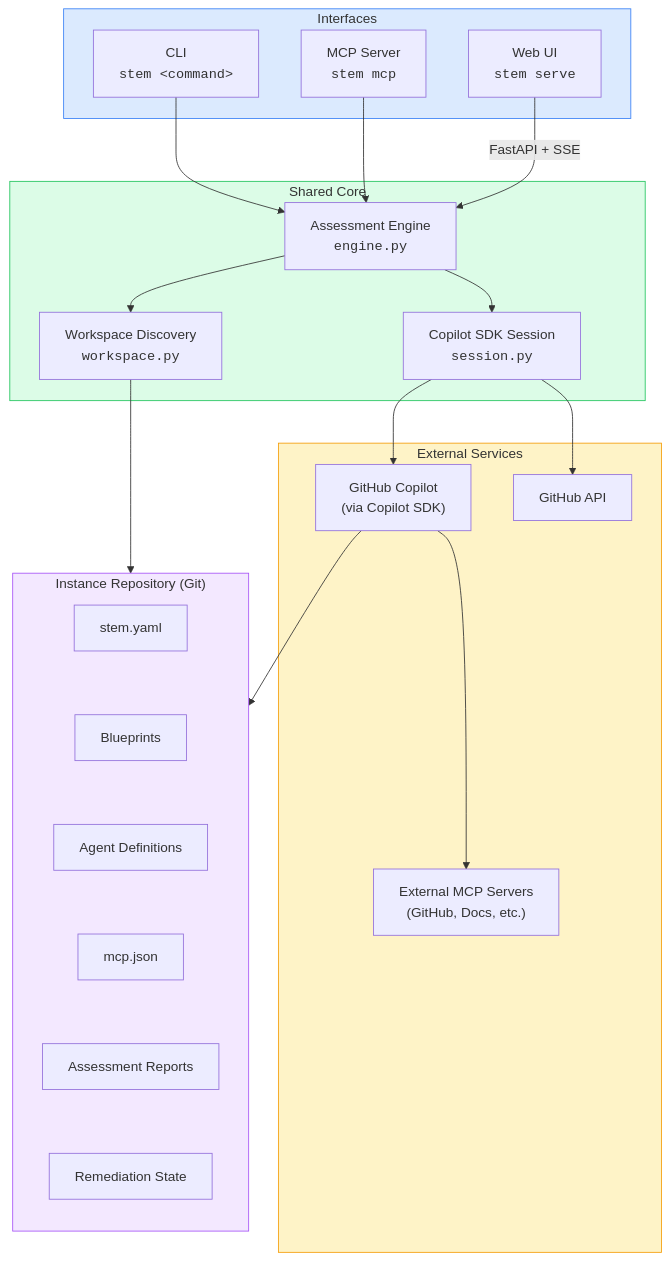
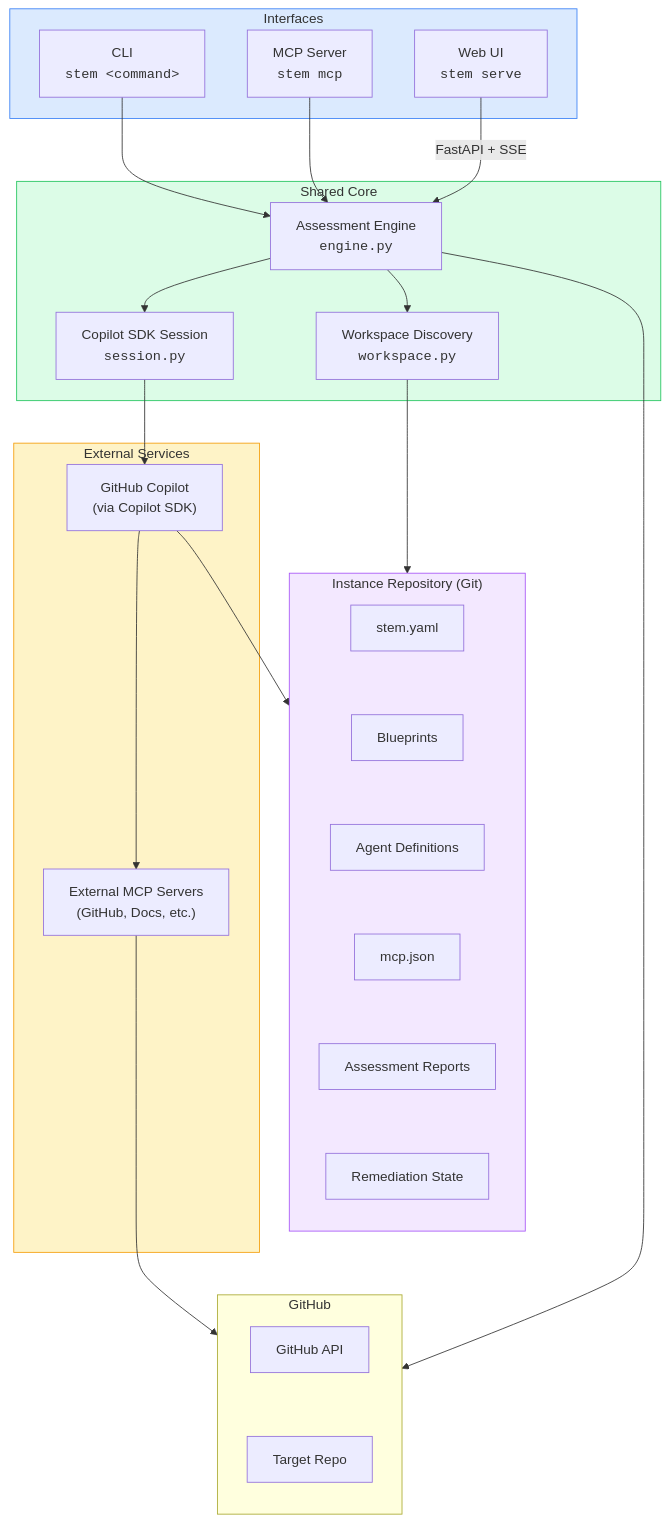
The second of 10 diagrams in ARCHITECTURE.md (dbroeglin/hve-stem), drawn with Mermaid before and after one commit.

Commit message:
#3 Adding better representation of GitHub in the component diagram

````diff
--- a/ARCHITECTURE.md
+++ b/ARCHITECTURE.md
@@ -53,51 +53,60 @@
 ```mermaid
 graph TB
     subgraph Interfaces
         CLI["CLI<br/><code>stem &lt;command&gt;</code>"]
         MCP["MCP Server<br/><code>stem mcp</code>"]
         WEB["Web UI<br/><code>stem serve</code>"]
     end
 
     subgraph Core["Shared Core"]
         ENGINE["Assessment Engine<br/><code>engine.py</code>"]
         SESSION["Copilot SDK Session<br/><code>session.py</code>"]
         WS["Workspace Discovery<br/><code>workspace.py</code>"]
     end
 
     subgraph External["External Services"]
         COPILOT["GitHub Copilot<br/>(via Copilot SDK)"]
         MCPEXT["External MCP Servers<br/>(GitHub, Docs, etc.)"]
-        GH["GitHub API"]
     end
 
     subgraph State["Instance Repository (Git)"]
         direction TB
         YAML["stem.yaml"]
         BP["Blueprints"]
         AGENTS["Agent Definitions"]
         MCP_JSON["mcp.json"]
         REPORTS["Assessment Reports"]
         REMED["Remediation State"]
     end
 
+    subgraph GITHUB["GitHub"]
+        direction TB
+        TARGET["Target Repo"]
+        GH["GitHub API"]
+    end
+
     CLI --> ENGINE
     MCP --> ENGINE
     WEB -->|"FastAPI + SSE"| ENGINE
     ENGINE --> SESSION
     ENGINE --> WS
     SESSION --> COPILOT
-    SESSION --> GH
     WS --> State
     COPILOT --> MCPEXT
     COPILOT --> MCP_JSON
     YAML ~~~ BP
     BP ~~~ AGENTS
     AGENTS ~~~ MCP_JSON
     MCP_JSON ~~~ REPORTS
     REPORTS ~~~ REMED
+    ENGINE --> GH
+    MCPEXT --> GITHUB
+    GH ~~~ TARGET
+
+
 
     style Interfaces fill:#dbeafe,stroke:#3b82f6
     style Core fill:#dcfce7,stroke:#22c55e
     style External fill:#fef3c7,stroke:#f59e0b
     style State fill:#f3e8ff,stroke:#a855f7
 ```
````
